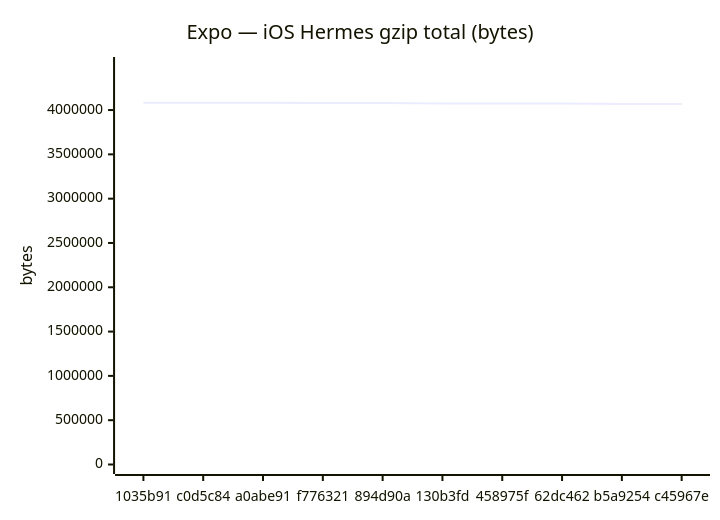
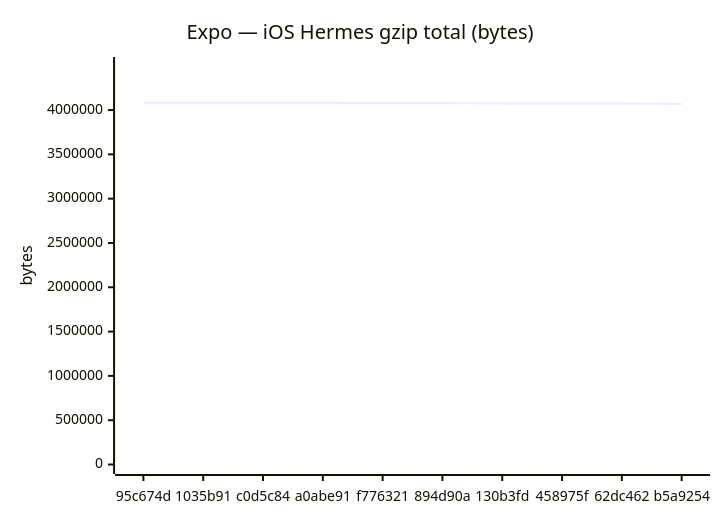
The sixth of 18 diagrams in benchmarks/compare.md (Metaheurist/Rianell), drawn with Mermaid before and after one commit. The commit also changed other lines of this file and 11 other files, not shown here.

````diff
--- a/benchmarks/compare.md
+++ b/benchmarks/compare.md
@@ -96,7 +96,7 @@
 ```mermaid
 xychart-beta
     title "Expo — iOS Hermes gzip total (bytes)"
-    x-axis ["1035b91", "c0d5c84", "a0abe91", "f776321", "894d90a", "130b3fd", "458975f", "62dc462", "b5a9254", "c45967e"]
+    x-axis ["95c674d", "1035b91", "c0d5c84", "a0abe91", "f776321", "894d90a", "130b3fd", "458975f", "62dc462", "b5a9254"]
     y-axis "bytes" 0 --> 4491419
-    line [4083108, 4083106, 4083107, 4079675, 4079243, 4074172, 4073443, 4073443, 4069109, 4069113]
+    line [4083105, 4083108, 4083106, 4083107, 4079675, 4079243, 4074172, 4073443, 4073443, 4069109]
 ```
````
